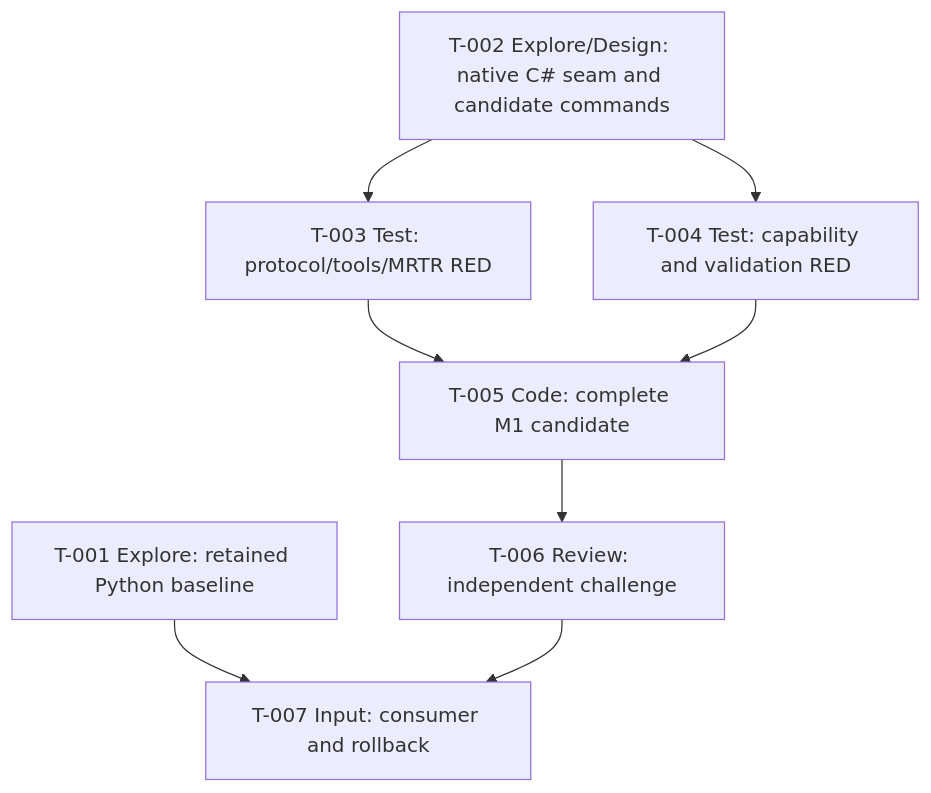
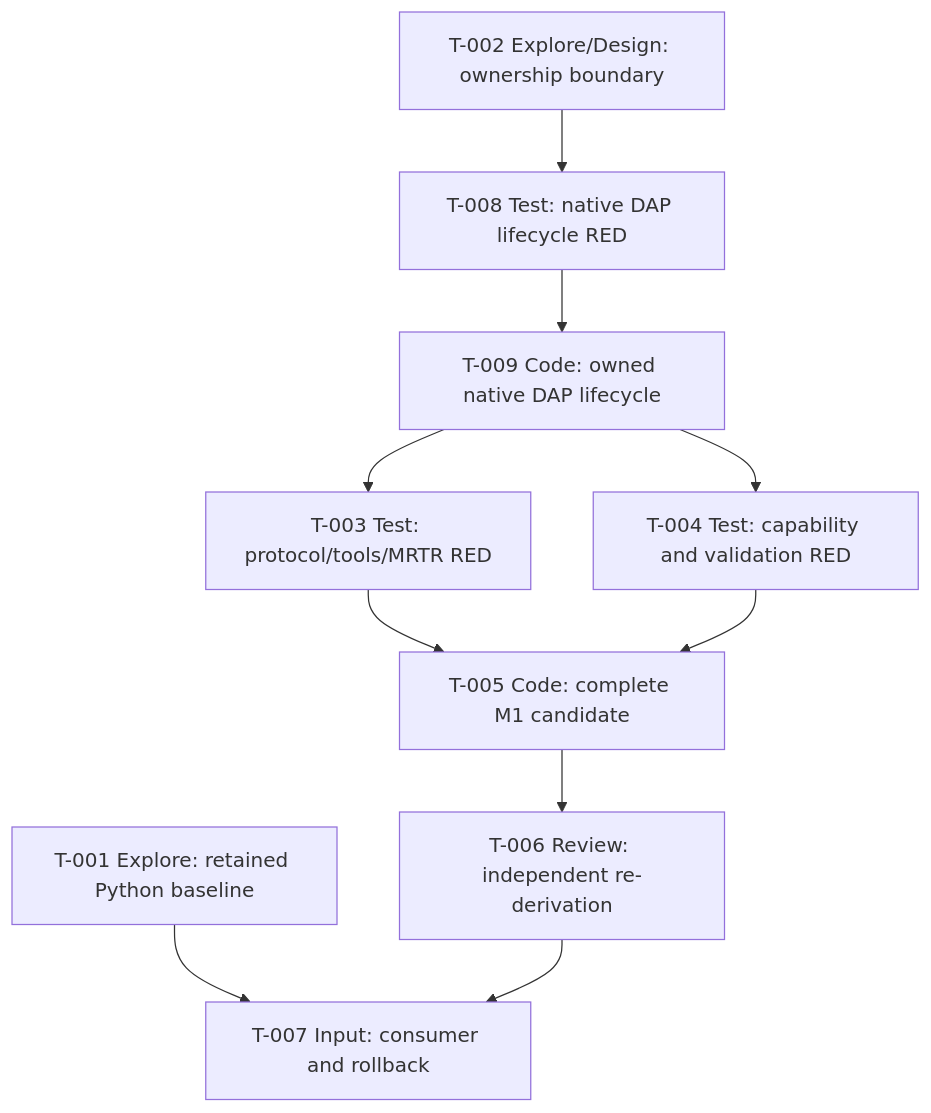
One commit to thebtf/netcoredbg-mcp changed the diagram in specs/001-mcp-stateless-strangler/tasks.md. Above: the diagram before and after it, drawn with Mermaid. The commit also changed other lines of this file and 22 other files, not shown here.

````diff
--- a/specs/001-mcp-stateless-strangler/tasks.md
+++ b/specs/001-mcp-stateless-strangler/tasks.md
@@ -18,10 +24,12 @@
 ```mermaid
 flowchart TD
-    T001[T-001 Explore: retained Python baseline] --> T007[T-007 Input: consumer and rollback]
-    T002[T-002 Explore/Design: native C# seam and candidate commands] --> T003[T-003 Test: protocol/tools/MRTR RED]
-    T002 --> T004[T-004 Test: capability and validation RED]
+    T002[T-002 Explore/Design: ownership boundary] --> T008[T-008 Test: native DAP lifecycle RED]
+    T008 --> T009[T-009 Code: owned native DAP lifecycle]
+    T009 --> T003[T-003 Test: protocol/tools/MRTR RED]
+    T009 --> T004[T-004 Test: capability and validation RED]
     T003 --> T005[T-005 Code: complete M1 candidate]
     T004 --> T005
-    T005 --> T006[T-006 Review: independent challenge]
+    T005 --> T006[T-006 Review: independent re-derivation]
+    T001[T-001 Explore: retained Python baseline] --> T007[T-007 Input: consumer and rollback]
     T006 --> T007
 ```
````
